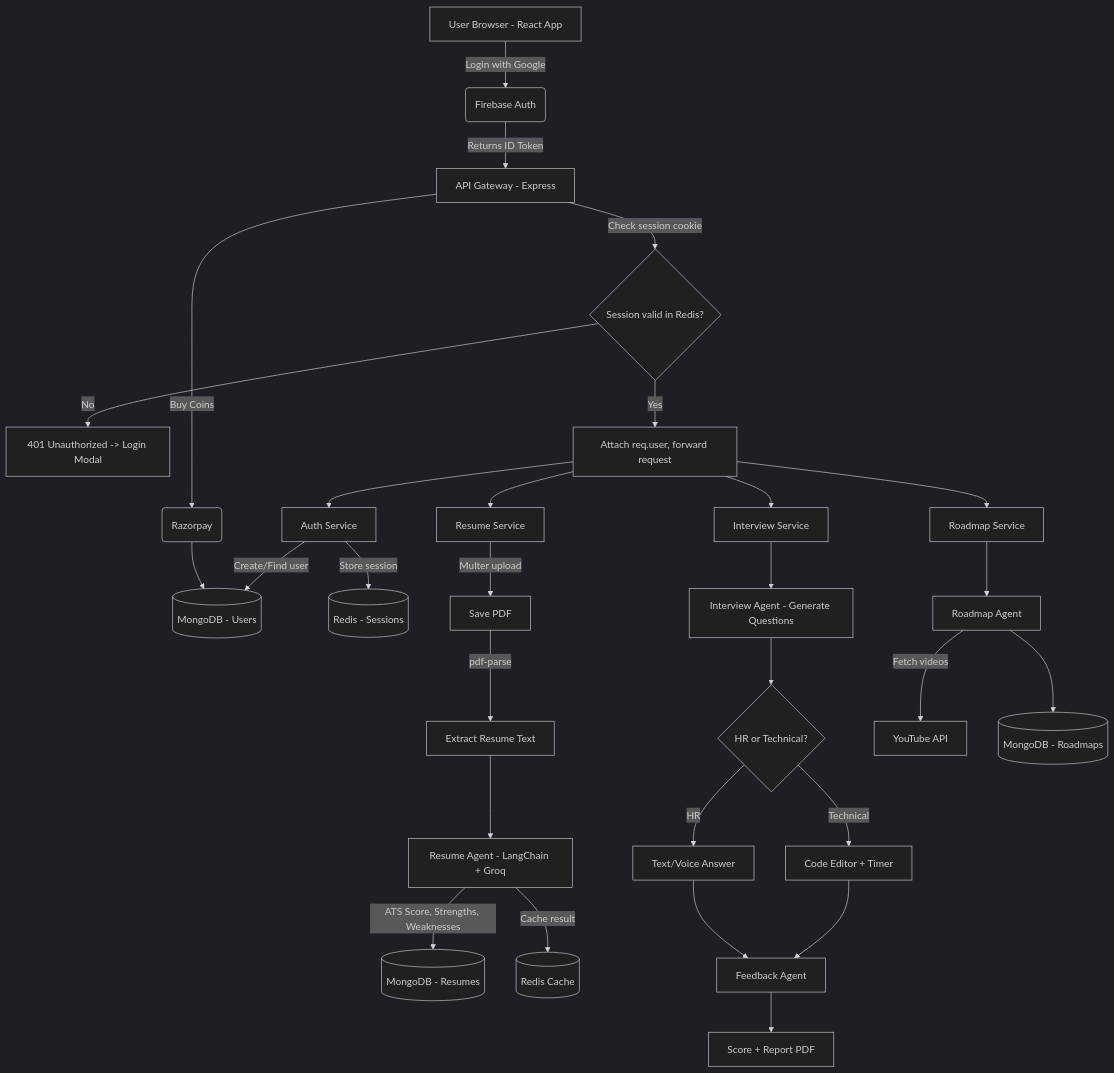
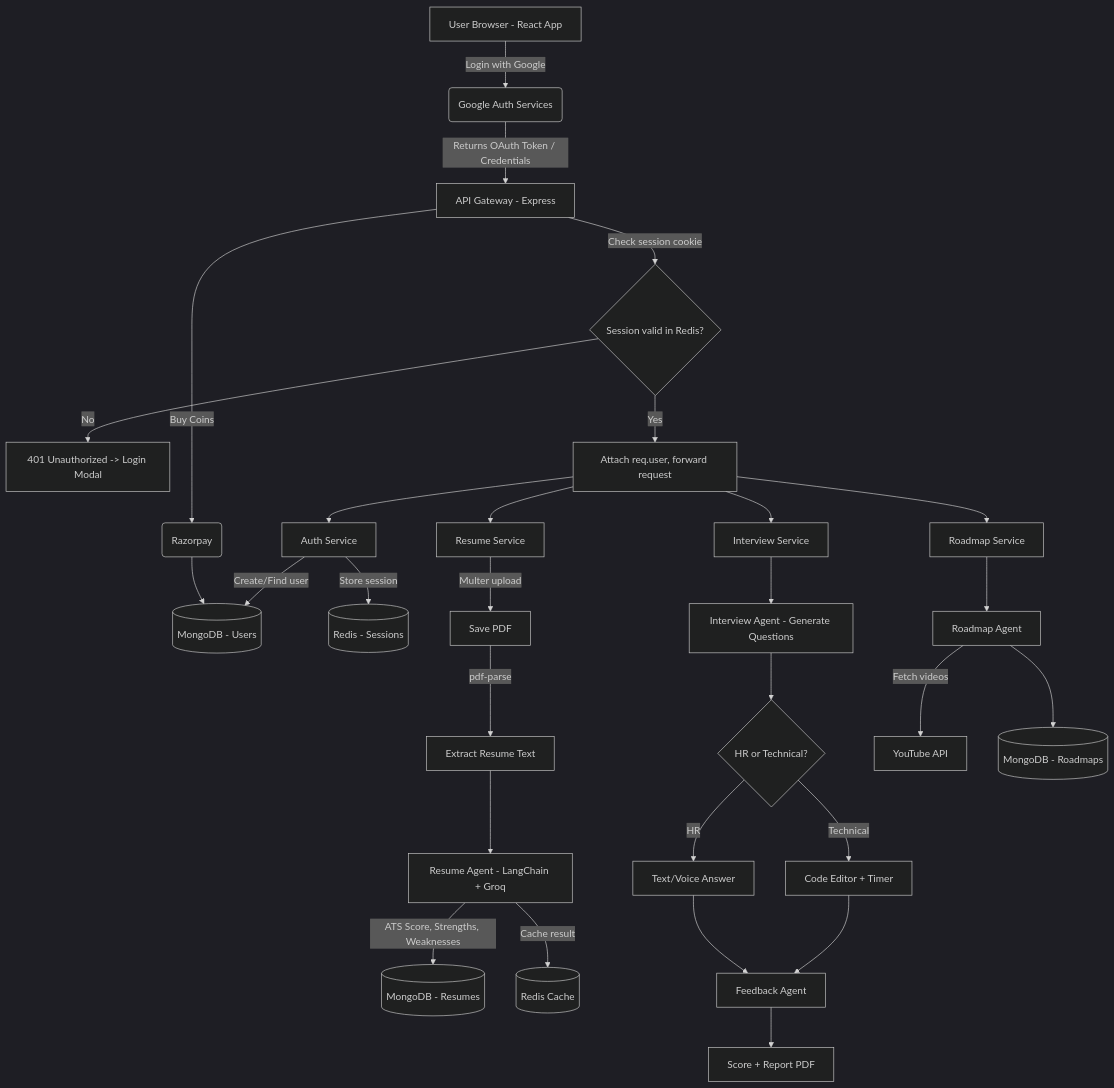
Before and after one commit to kaku-coder/careerforge-ai: the diagram in README.md, drawn with Mermaid (dark theme). The commit also changed other lines of this file and 22 other files, not shown here.

````diff
--- a/README.md
+++ b/README.md
@@ -65,37 +65,37 @@
 ```mermaid
 flowchart TD
-    A[User Browser - React App] -->|Login with Google| B(Firebase Auth)
-    B -->|Returns ID Token| C[API Gateway - Express]
+    A[User Browser - React App] -->|Login with Google| B(Google Auth Services)
+    B -->|Returns OAuth Token / Credentials| C[API Gateway - Express]
     C -->|Check session cookie| D{Session valid in Redis?}
     D -->|No| E[401 Unauthorized -> Login Modal]
     D -->|Yes| F[Attach req.user, forward request]
 
     F --> G[Auth Service]
     F --> H[Resume Service]
     F --> I[Interview Service]
     F --> J[Roadmap Service]
 
     G -->|Create/Find user| K[(MongoDB - Users)]
     G -->|Store session| L[(Redis - Sessions)]
 
     H -->|Multer upload| M[Save PDF]
     M -->|pdf-parse| N[Extract Resume Text]
     N --> O[Resume Agent - LangChain + Groq]
     O -->|ATS Score, Strengths, Weaknesses| P[(MongoDB - Resumes)]
     O -->|Cache result| Q[(Redis Cache)]
 
     I --> R[Interview Agent - Generate Questions]
     R --> S{HR or Technical?}
     S -->|Technical| T[Code Editor + Timer]
     S -->|HR| U[Text/Voice Answer]
     T --> V[Feedback Agent]
     U --> V
     V --> W[Score + Report PDF]
 
     J --> X[Roadmap Agent]
     X -->|Fetch videos| Y[YouTube API]
     X --> Z[(MongoDB - Roadmaps)]
 
     C -->|Buy Coins| AA(Razorpay)
     AA --> K
 ```
````
